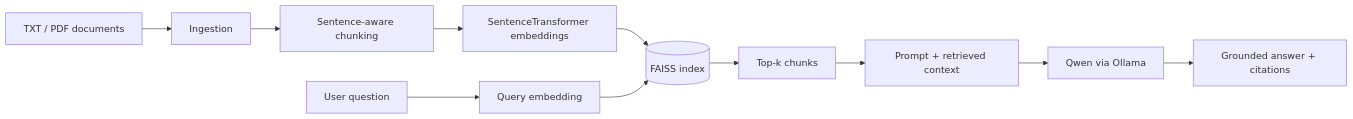
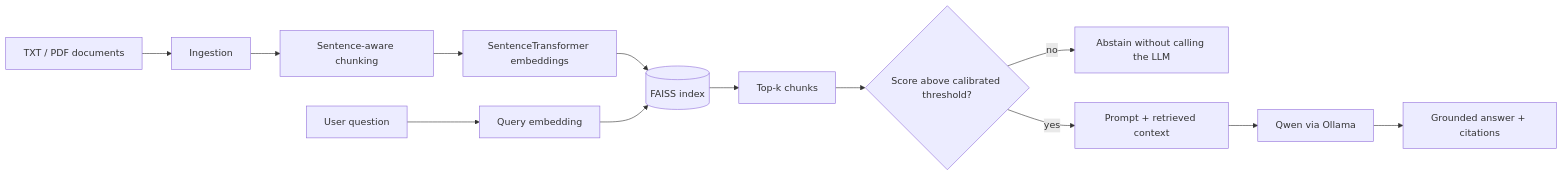
The diagram in llm-knowledge-base-assistant/README.md (Davidkaaa33/ML-projects), drawn with Mermaid before and after one commit. The commit also changed other lines of this file, not shown here.

Commit message:
Document calibrated RAG abstention

````diff
--- a/llm-knowledge-base-assistant/README.md
+++ b/llm-knowledge-base-assistant/README.md
@@ -19,14 +19,16 @@
 ```mermaid
 flowchart LR
     DOC[TXT / PDF documents] --> ING[Ingestion]
     ING --> CHUNK[Sentence-aware chunking]
     CHUNK --> EMB[SentenceTransformer embeddings]
     EMB --> IDX[(FAISS index)]
 
     Q[User question] --> QEMB[Query embedding]
     QEMB --> IDX
     IDX --> RET[Top-k chunks]
-    RET --> PROMPT[Prompt + retrieved context]
+    RET --> GATE{Score above calibrated threshold?}
+    GATE -- no --> ABSTAIN[Abstain without calling the LLM]
+    GATE -- yes --> PROMPT[Prompt + retrieved context]
     PROMPT --> LLM[Qwen via Ollama]
     LLM --> ANS[Grounded answer + citations]
 ```
````
